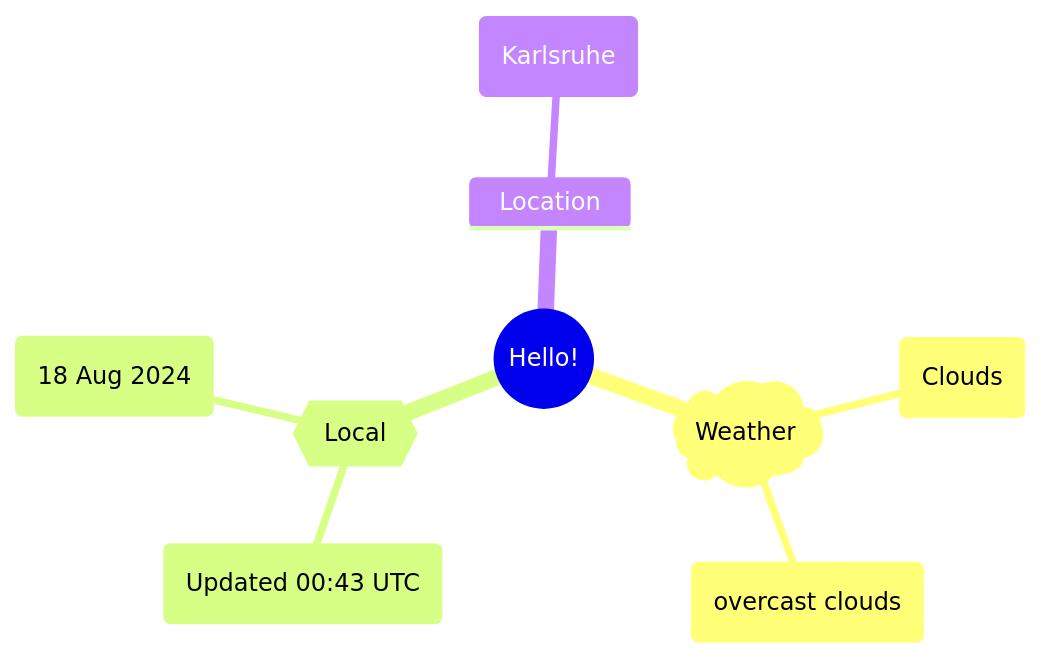
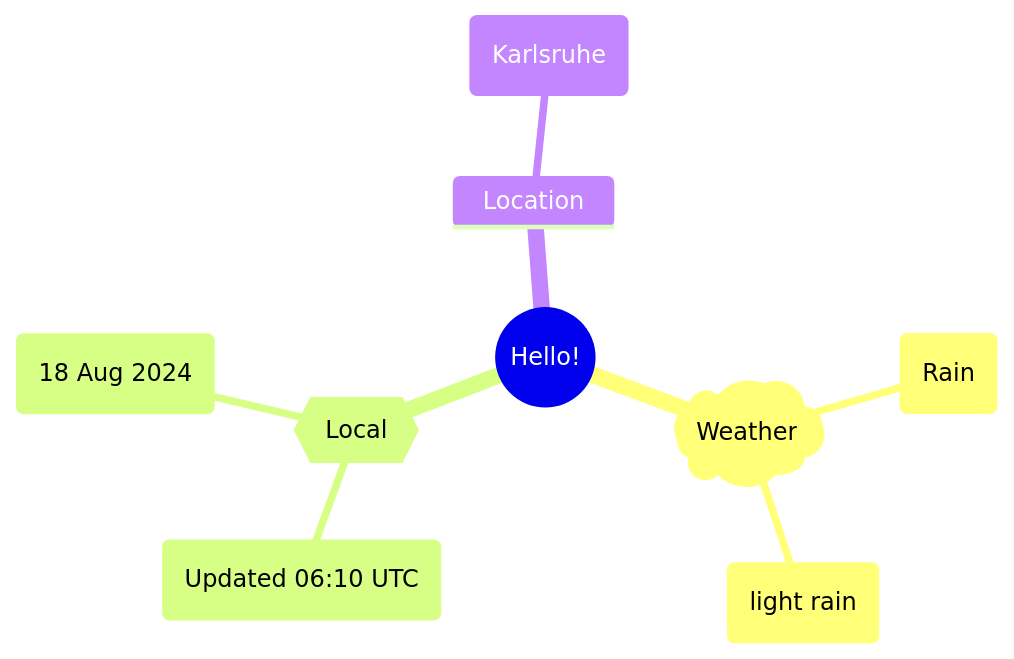
Before and after one commit to Xosrov/Xosrov: the first of 2 diagrams in README.md, drawn with Mermaid.

Commit message:
[bot] updated images

````diff
--- a/README.md
+++ b/README.md
@@ -3,12 +3,12 @@
 ```mermaid
 mindmap
   root((Hello!))
     )Weather(
-        (Clouds)
-        (overcast clouds)
+        (Rain)
+        (light rain)
     {{Local}}
-        (Updated 00:43 UTC)
+        (Updated 06:10 UTC)
         (18 Aug 2024)
     Location
         (Karlsruhe)
 ```
````
